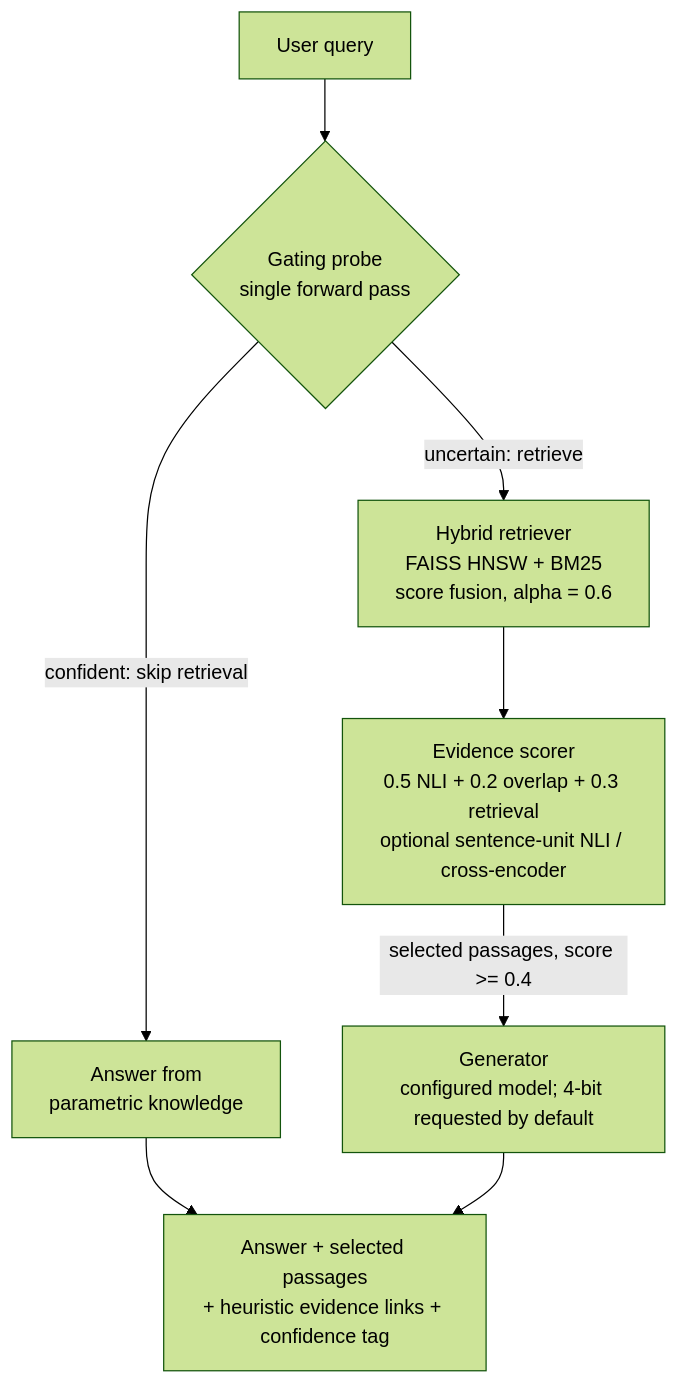
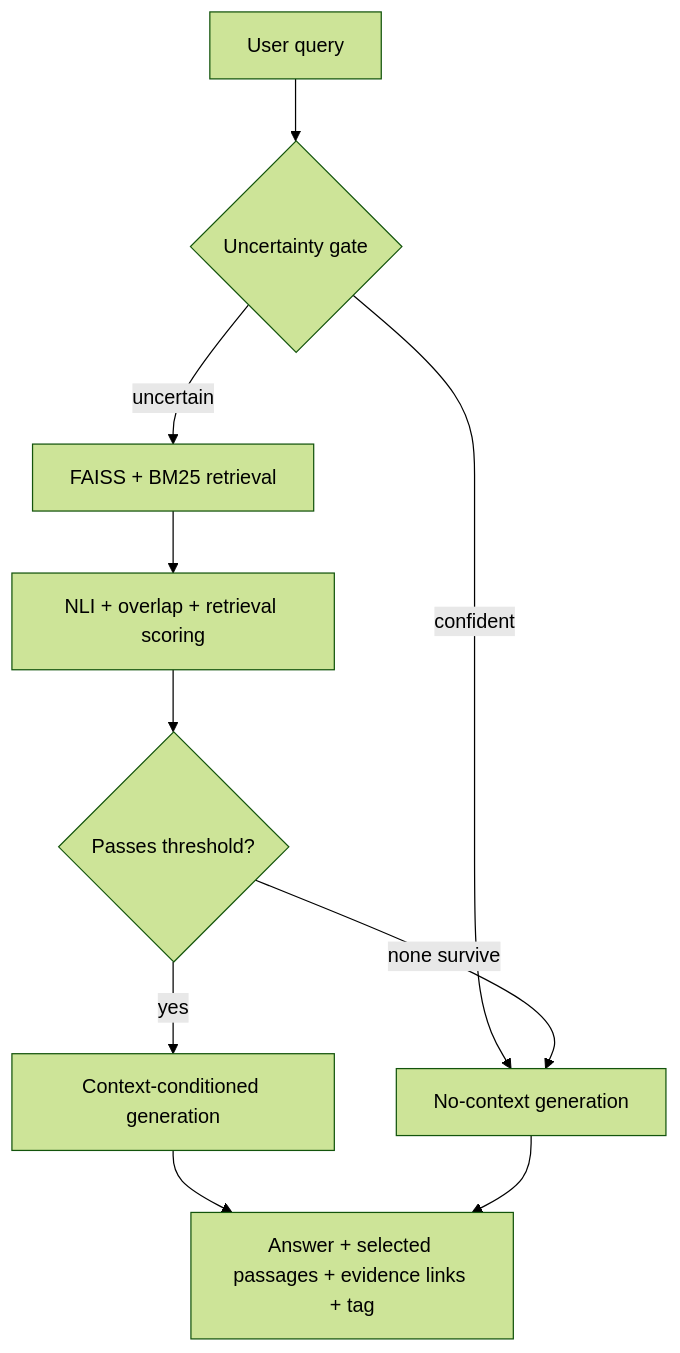
One commit to pes1ug23am910/Factuality-First-RAG changed the diagram in README.md. Above: the diagram before and after it, drawn with Mermaid (forest theme). The commit also changed other lines of this file and 3 other files, not shown here.

````diff
--- a/README.md
+++ b/README.md
@@ -37,10 +49,12 @@
-```mermaid
+~~~mermaid
 flowchart TD
-    Q["User query"] --> G{"Gating probe<br/>single forward pass"}
-    G -->|"confident: skip retrieval"| P["Answer from<br/>parametric knowledge"]
-    G -->|"uncertain: retrieve"| R["Hybrid retriever<br/>FAISS HNSW + BM25<br/>score fusion, alpha = 0.6"]
-    R --> S["Evidence scorer<br/>0.5 NLI + 0.2 overlap + 0.3 retrieval<br/>optional sentence-unit NLI / cross-encoder"]
-    S -->|"selected passages, score >= 0.4"| GEN["Generator<br/>configured model; 4-bit requested by default"]
-    P --> OUT["Answer + selected passages<br/>+ heuristic evidence links + confidence tag"]
-    GEN --> OUT
-```
+    Q["User query"] --> G{"Uncertainty gate"}
+    G -->|"confident"| N["No-context generation"]
+    G -->|"uncertain"| R["FAISS + BM25 retrieval"]
+    R --> S["NLI + overlap + retrieval scoring"]
+    S --> F{"Passes threshold?"}
+    F -->|"yes"| C["Context-conditioned generation"]
+    F -->|"none survive"| N
+    C --> O["Answer + selected passages + evidence links + tag"]
+    N --> O
+~~~
````
